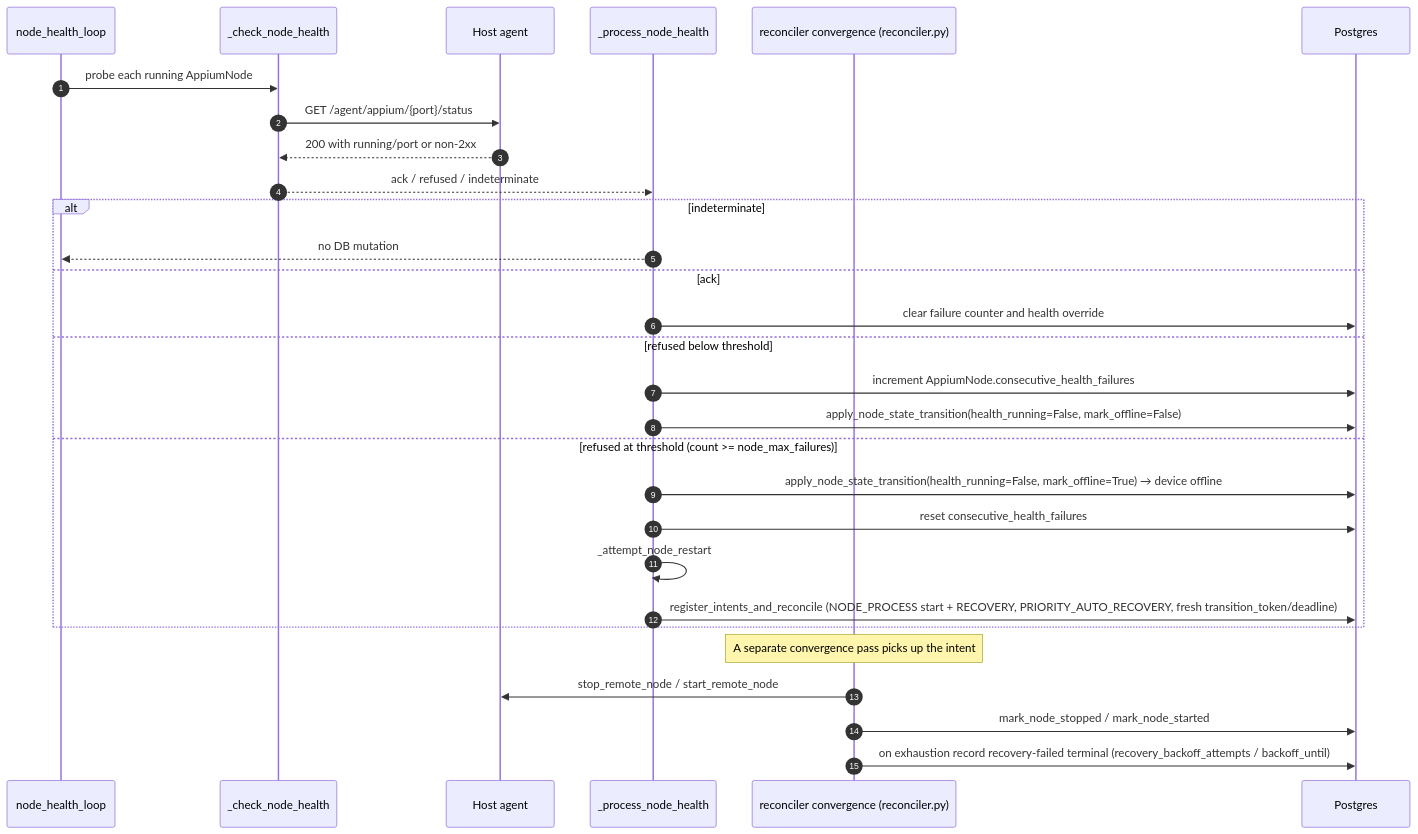
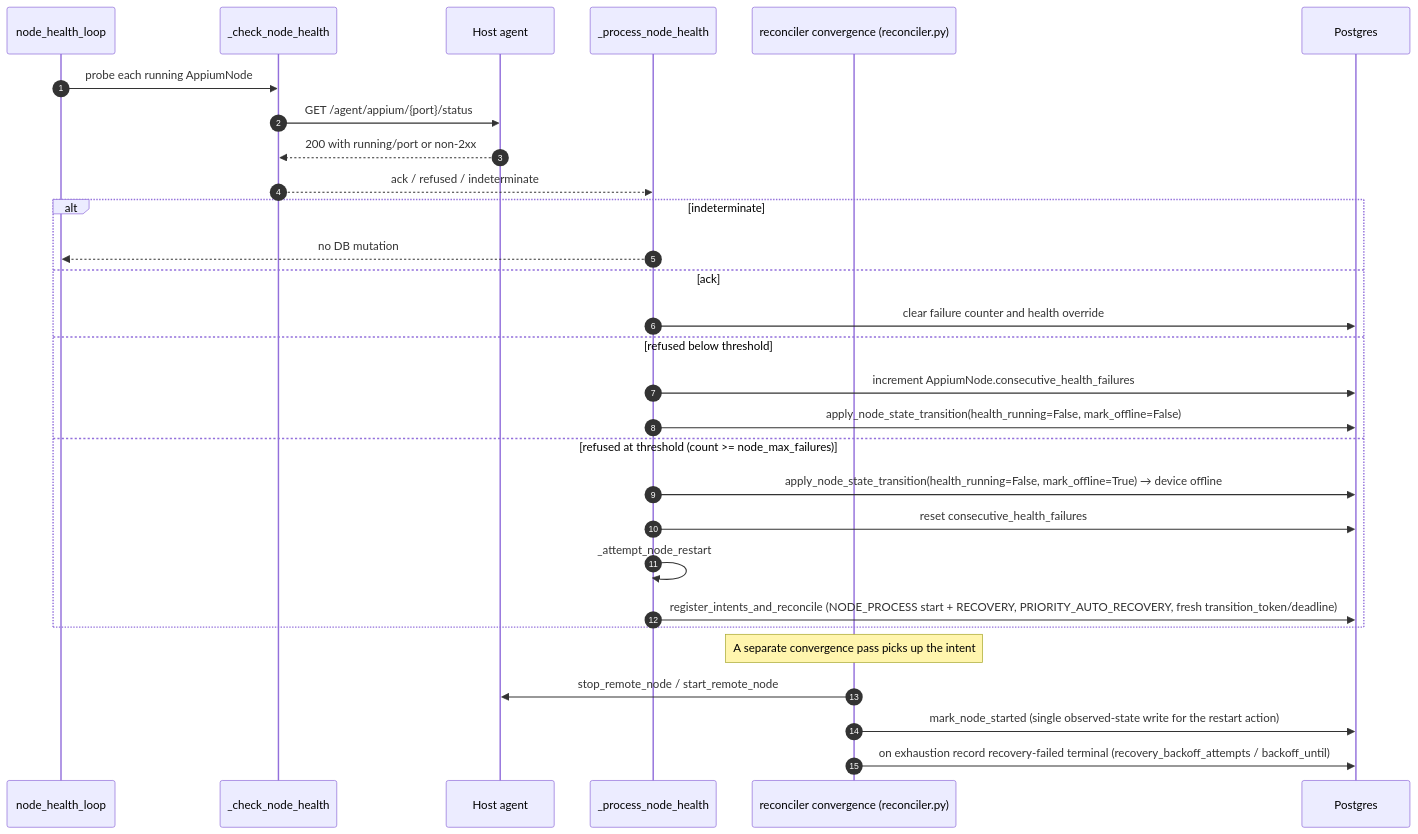
One commit to quidow/gridfleet changed the fifth of 5 diagrams in docs/design/02-node-lifecycle.md. Above: the diagram before and after it, drawn with Mermaid. The commit also changed other lines of this file and 5 other files, not shown here.

````diff
--- a/docs/design/02-node-lifecycle.md
+++ b/docs/design/02-node-lifecycle.md
@@ -188,32 +188,32 @@
 ```mermaid
 sequenceDiagram
     autonumber
     participant L as node_health_loop
     participant Probe as _check_node_health
     participant Agent as Host agent
     participant Process as _process_node_health
     participant Rec as reconciler convergence (reconciler.py)
     participant Pg as Postgres
 
     L->>Probe: probe each running AppiumNode
     Probe->>Agent: GET /agent/appium/{port}/status
     Agent-->>Probe: 200 with running/port or non-2xx
     Probe-->>Process: ack / refused / indeterminate
     alt indeterminate
         Process-->>L: no DB mutation
     else ack
         Process->>Pg: clear failure counter and health override
     else refused below threshold
         Process->>Pg: increment AppiumNode.consecutive_health_failures
         Process->>Pg: apply_node_state_transition(health_running=False, mark_offline=False)
     else refused at threshold (count >= node_max_failures)
         Process->>Pg: apply_node_state_transition(health_running=False, mark_offline=True) → device offline
         Process->>Pg: reset consecutive_health_failures
         Process->>Process: _attempt_node_restart
         Process->>Pg: register_intents_and_reconcile (NODE_PROCESS start + RECOVERY, PRIORITY_AUTO_RECOVERY, fresh transition_token/deadline)
     end
     Note over Rec: A separate convergence pass picks up the intent
     Rec->>Agent: stop_remote_node / start_remote_node
-    Rec->>Pg: mark_node_stopped / mark_node_started
+    Rec->>Pg: mark_node_started (single observed-state write for the restart action)
     Rec->>Pg: on exhaustion record recovery-failed terminal (recovery_backoff_attempts / backoff_until)
 ```
````
